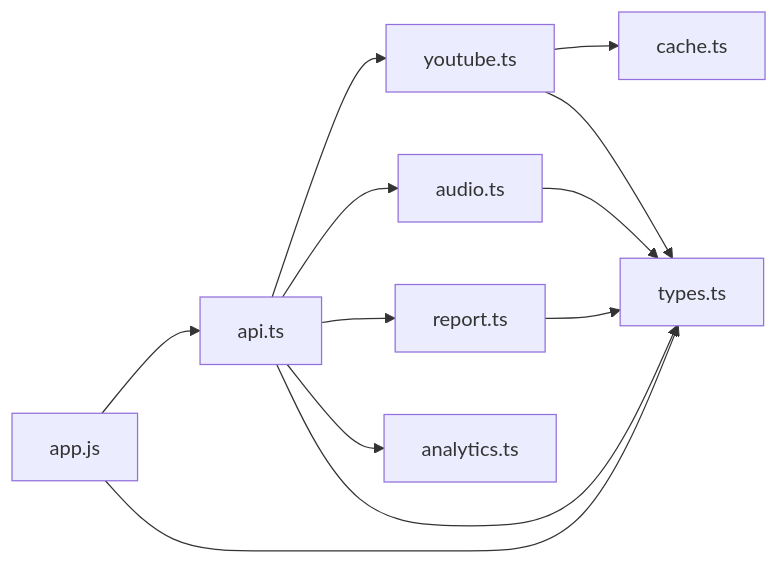
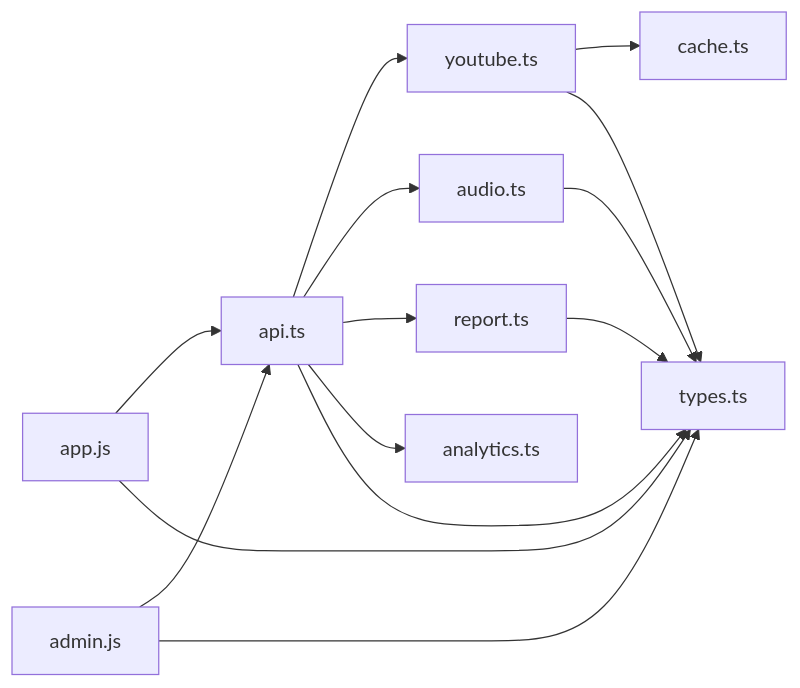
One commit to dkoukoul/kpop-random-dance-generator changed diagram 11 of 11 in .qoder/repowiki/en/content/Frontend Application/Feature Implementations.md. Above: the diagram before and after it, drawn with Mermaid. The commit also changed other lines of this file and 3 other files, not shown here.

````diff
--- a/.qoder/repowiki/en/content/Frontend Application/Feature Implementations.md
+++ b/.qoder/repowiki/en/content/Frontend Application/Feature Implementations.md
@@ -380,14 +461,16 @@
 ```mermaid
 graph LR
 FE["app.js"] --> API["api.ts"]
+ADM["admin.js"] --> API
 API --> YT["youtube.ts"]
 API --> AUD["audio.ts"]
 API --> REP["report.ts"]
 API --> ANA["analytics.ts"]
 YT --> CAC["cache.ts"]
 FE --> TYPES["types.ts"]
+ADM --> TYPES
 API --> TYPES
 YT --> TYPES
 AUD --> TYPES
 REP --> TYPES
 ```
````
